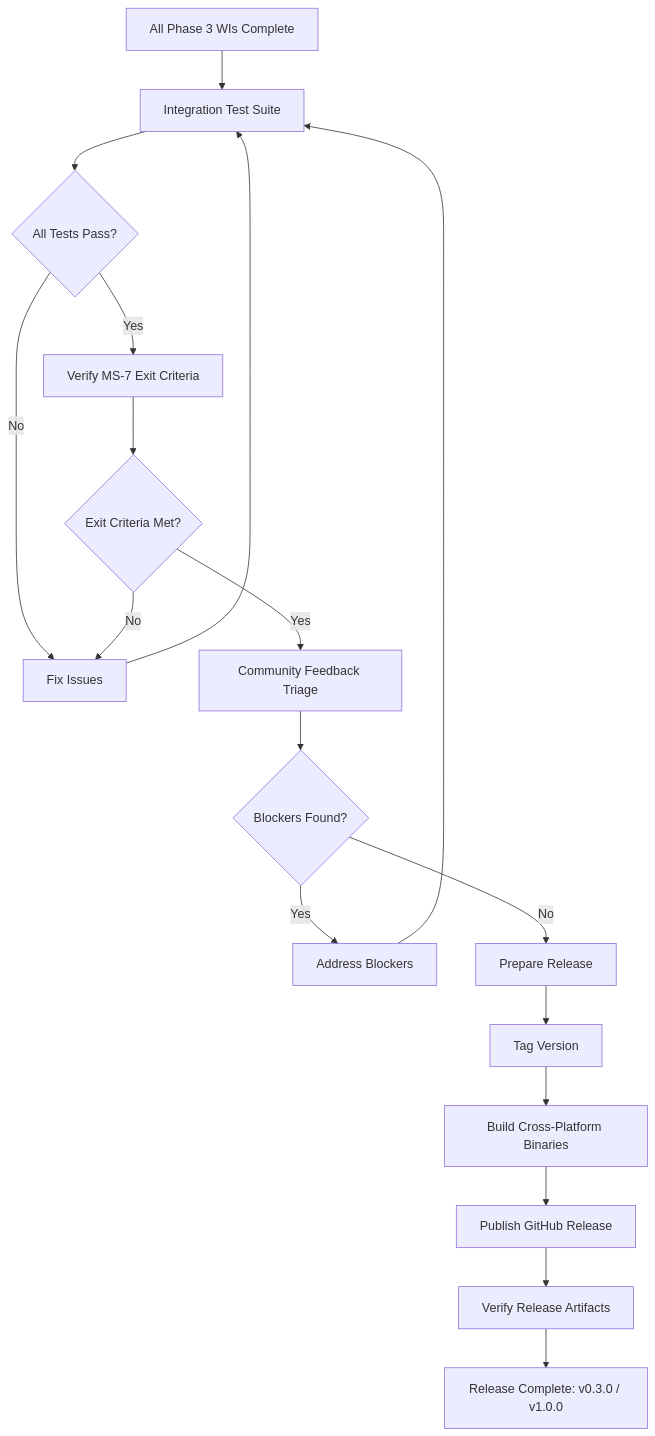
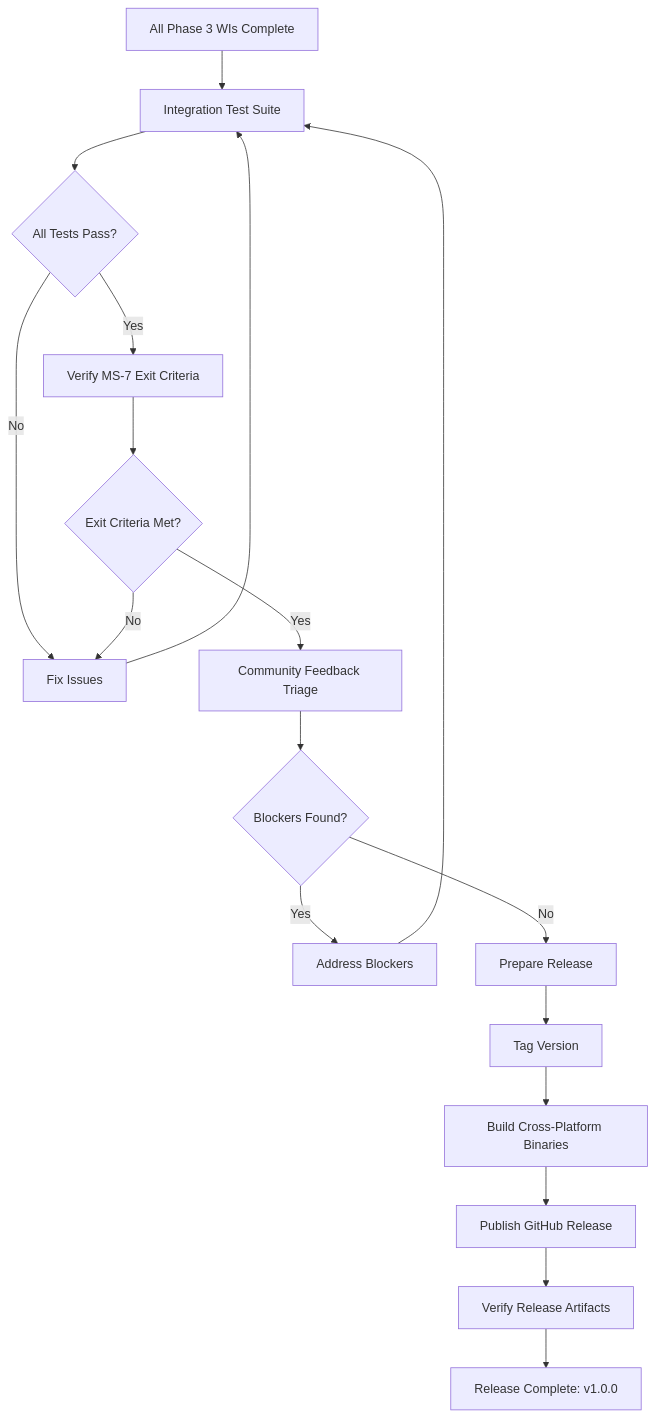
The first of 3 diagrams in docs/PRD/050-prd-phase3-release.md (policy-forge/forge), drawn with Mermaid before and after one commit. The commit also changed other lines of this file and 9 other files, not shown here.

````diff
--- a/docs/PRD/050-prd-phase3-release.md
+++ b/docs/PRD/050-prd-phase3-release.md
@@ -170,20 +169,20 @@
 ```mermaid
 flowchart TD
     A[All Phase 3 WIs Complete] --> B[Integration Test Suite]
     B --> C{All Tests Pass?}
     C -->|No| D[Fix Issues]
     D --> B
     C -->|Yes| E[Verify MS-7 Exit Criteria]
     E --> F{Exit Criteria Met?}
     F -->|No| D
     F -->|Yes| G[Community Feedback Triage]
     G --> H{Blockers Found?}
     H -->|Yes| I[Address Blockers]
     I --> B
     H -->|No| J[Prepare Release]
     J --> K[Tag Version]
     K --> L[Build Cross-Platform Binaries]
     L --> M[Publish GitHub Release]
     M --> N[Verify Release Artifacts]
-    N --> O[Release Complete: v0.3.0 / v1.0.0]
+    N --> O[Release Complete: v1.0.0]
 ```
````
